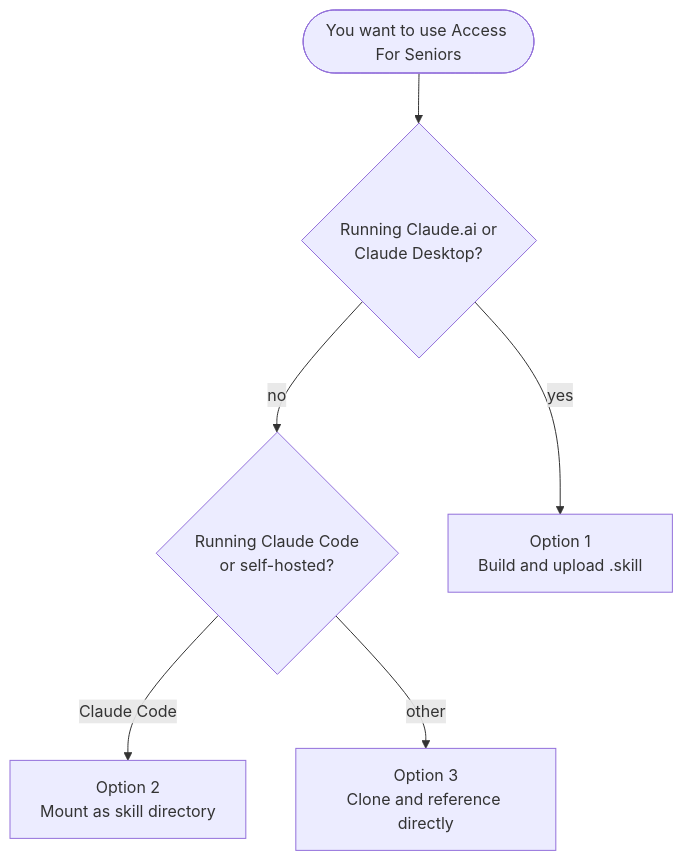
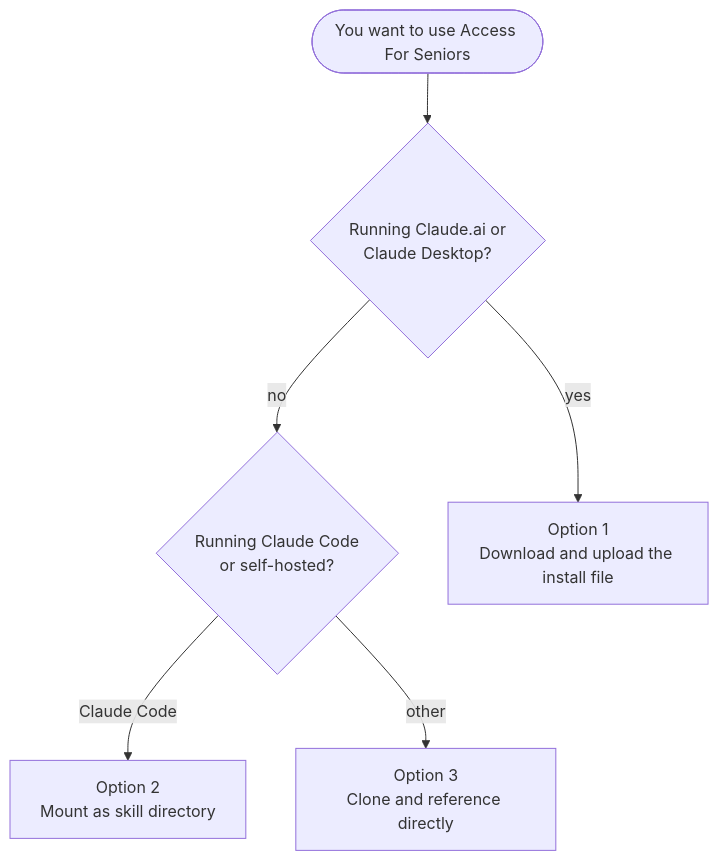
The diagram in docs/installation.md (dougdevitre/access-for-seniors), drawn with Mermaid before and after one commit. The commit also changed other lines of this file and 1 other file, not shown here.

First line of the commit message:
Point installation guide at the published install file

````diff
--- a/docs/installation.md
+++ b/docs/installation.md
@@ -11,15 +11,15 @@
 ```mermaid
 flowchart TD
     Start(["You want to use Access For Seniors"])
     Q1{"Running Claude.ai or<br/>Claude Desktop?"}
     Q2{"Running Claude Code<br/>or self-hosted?"}
-    Opt1["Option 1<br/>Build and upload .skill"]
+    Opt1["Option 1<br/>Download and upload the install file"]
     Opt2["Option 2<br/>Mount as skill directory"]
     Opt3["Option 3<br/>Clone and reference directly"]
 
     Start --> Q1
     Q1 -->|yes| Opt1
     Q1 -->|no| Q2
     Q2 -->|Claude Code| Opt2
     Q2 -->|other| Opt3
 ```
````
